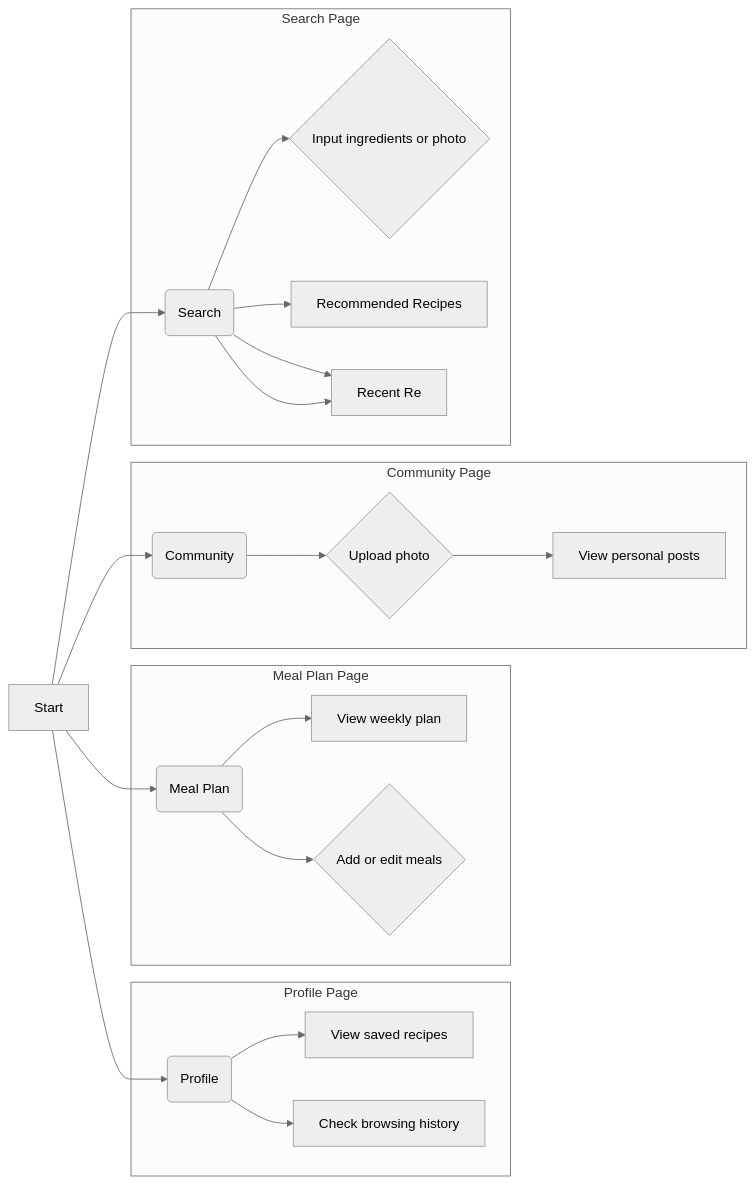
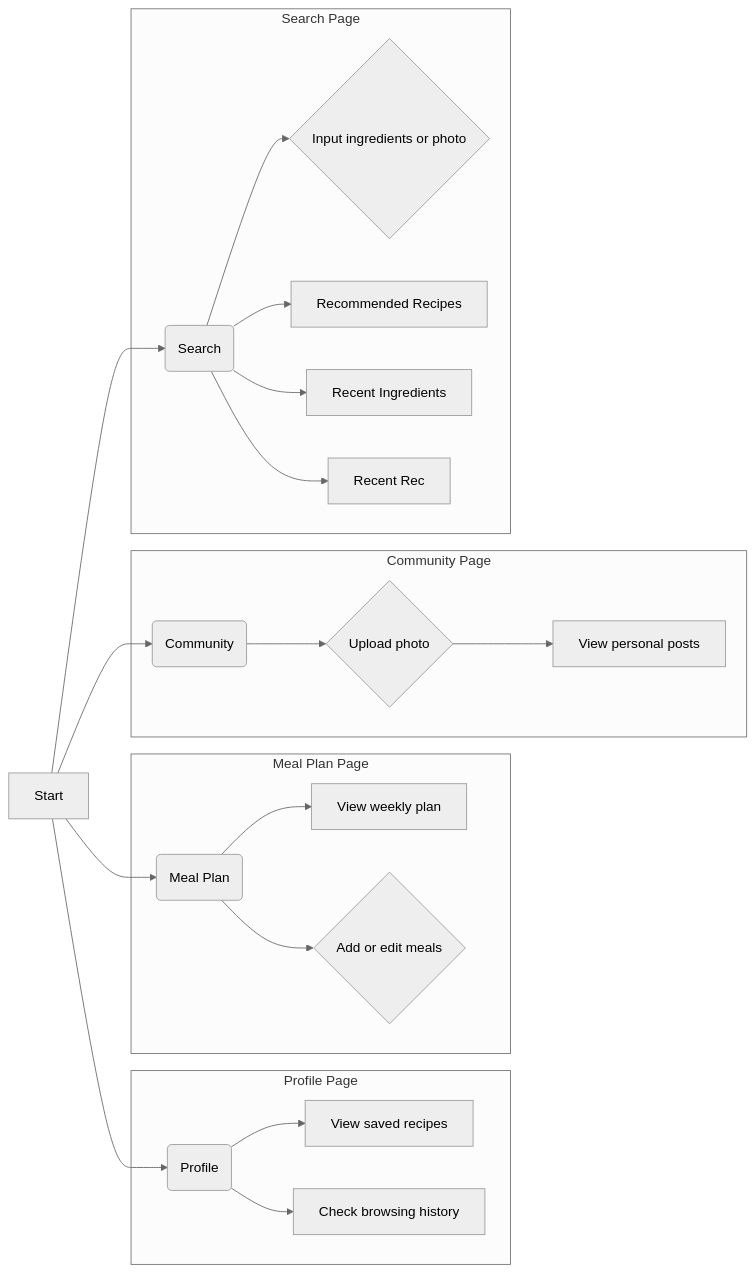
One commit to seven8301/iodraw-files changed the diagram in all/未命名-2.md. Above: the diagram before and after it, drawn with Mermaid (neutral theme).

Commit message:
2025-04-09 19:25:19 update

````diff
--- a/all/未命名-2.md
+++ b/all/未命名-2.md
@@ -1,28 +1,28 @@
 ```mermaid
 graph LR
     A[Start] --> B(Search);
     A --> C(Community);
     A --> D(Meal Plan);
     A --> E(Profile);
 
     
     subgraph "Profile Page"
         E --> L[View saved recipes];
         E --> M[Check browsing history];
         
     end
       subgraph "Meal Plan Page"
         D --> J[View weekly plan];
         D --> K{Add or edit meals};
     end
      subgraph "Community Page"
         C --> H{Upload photo};
         H --> I[View personal posts];
     end
     subgraph "Search Page"
         B --> F{Input ingredients or photo};
         B --> G[Recommended Recipes];
         B --> N[Recent Ingredients];
-        B --> N[Recent Re];
+        B --> O[Recent Rec];
     end
 ```
````
